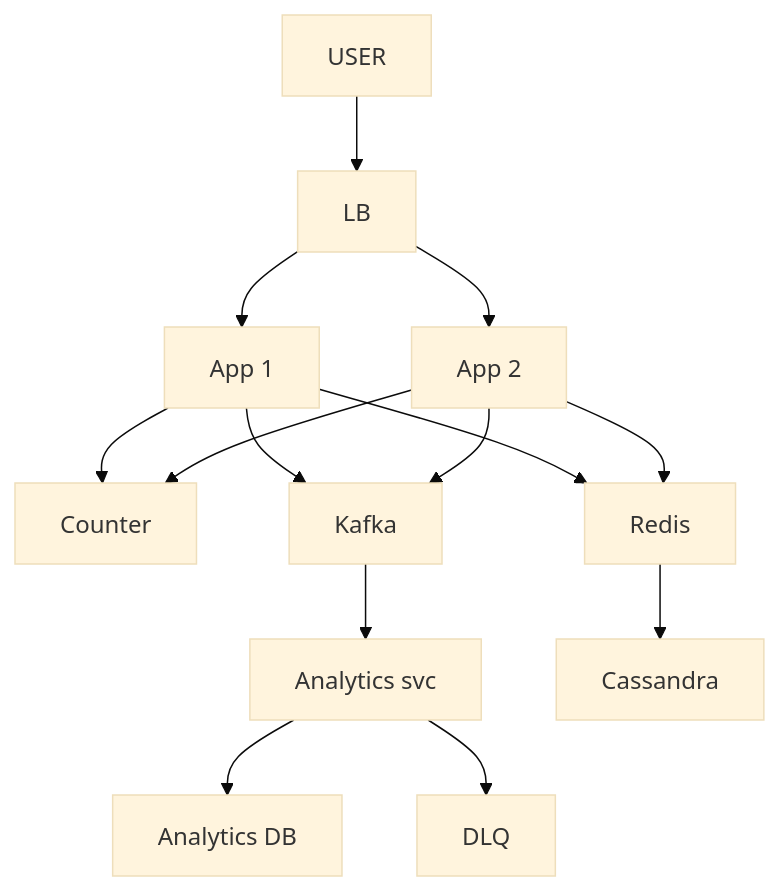
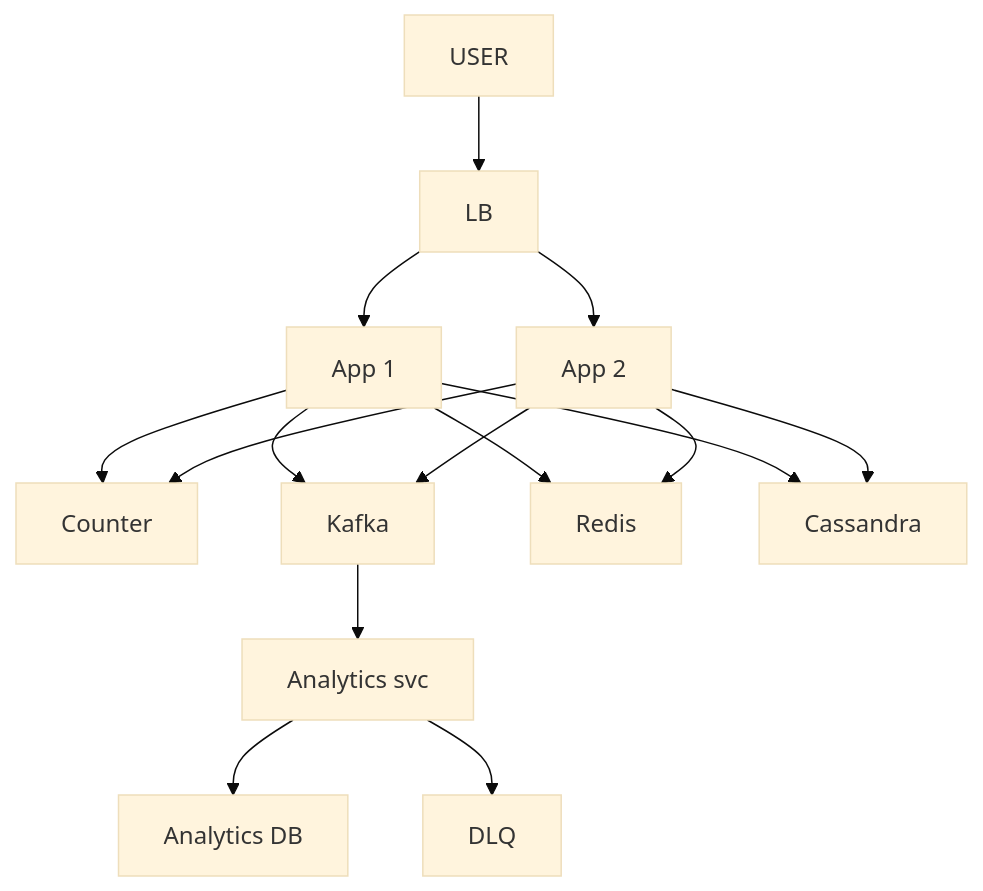
Before and after one commit to ArpanMaheshwari144/Prep: the sixth of 11 diagrams in 04_HLD/SYSTEM_DESIGNS/01_url_shortener/01_url_shortener.md, drawn with Mermaid (base theme). The commit also changed other lines of this file and 7 other files, not shown here.

Commit message:
HLD design files: tathya theek (Cassandra copies, bit.ly 301, presigned size limit, ES union, docs version key, BMS dikkat 6, chat cursor misaal) + URL / rate limiter diagram (App -> DB, Route 53 -> LB / WAF -> ALB)

````diff
--- a/04_HLD/SYSTEM_DESIGNS/01_url_shortener/01_url_shortener.md
+++ b/04_HLD/SYSTEM_DESIGNS/01_url_shortener/01_url_shortener.md
@@ -302,27 +305,28 @@
 ```mermaid
 flowchart TD
     n_USER["USER"]
     n_LB["LB"]
     n_App_x_N_1["App 1"]
     n_App_x_N_2["App 2"]
     n_Counter["Counter"]
     n_Kafka["Kafka"]
     n_Analytics_svc["Analytics svc"]
     n_Analytics_DB["Analytics DB"]
     n_DLQ["DLQ"]
     n_Redis["Redis"]
     n_Cassandra["Cassandra"]
     n_USER --> n_LB
     n_LB --> n_App_x_N_1
     n_LB --> n_App_x_N_2
     n_App_x_N_1 --> n_Counter
     n_App_x_N_2 --> n_Counter
     n_App_x_N_1 --> n_Kafka
     n_App_x_N_2 --> n_Kafka
     n_App_x_N_1 --> n_Redis
     n_App_x_N_2 --> n_Redis
     n_Kafka --> n_Analytics_svc
     n_Analytics_svc --> n_Analytics_DB
-    n_Redis --> n_Cassandra
+    n_App_x_N_1 --> n_Cassandra
+    n_App_x_N_2 --> n_Cassandra
     n_Analytics_svc --> n_DLQ
 ```
````
